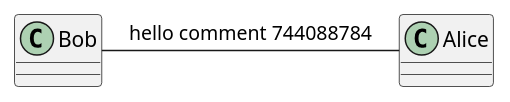
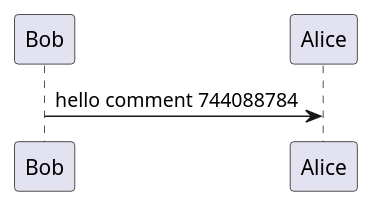
Before and after one commit to holowinski/plantuml-github-action: the diagram in examples/sequence.puml, drawn with PlantUML. The commit also changed 1 other file, not shown here.

```diff
--- a/examples/sequence.puml
+++ b/examples/sequence.puml
@@ -1,3 +1,3 @@
 @startuml
-Bob-Alice : hello comment 744088784
+Bob->Alice : hello comment 744088784
 @enduml
```
